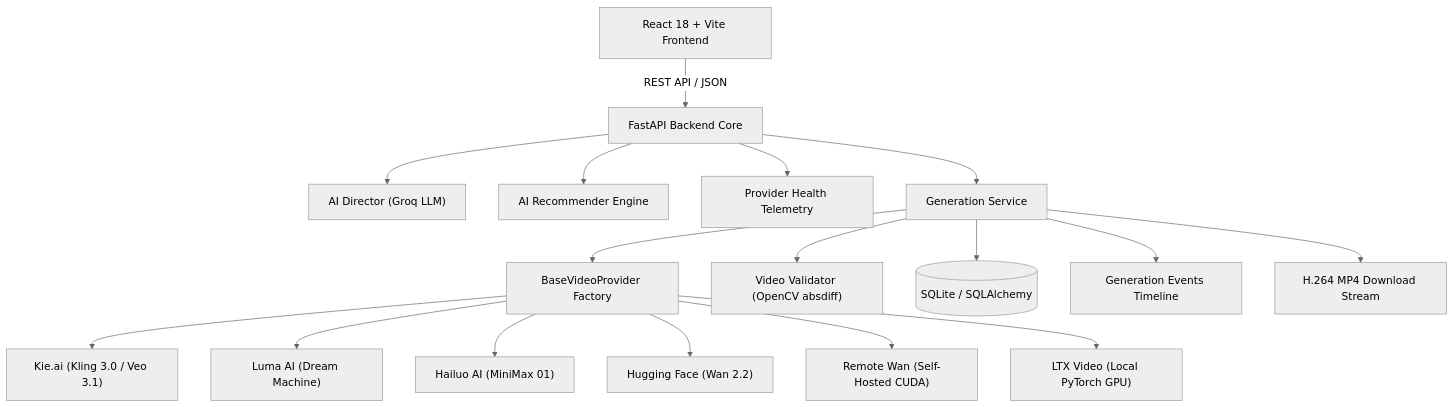
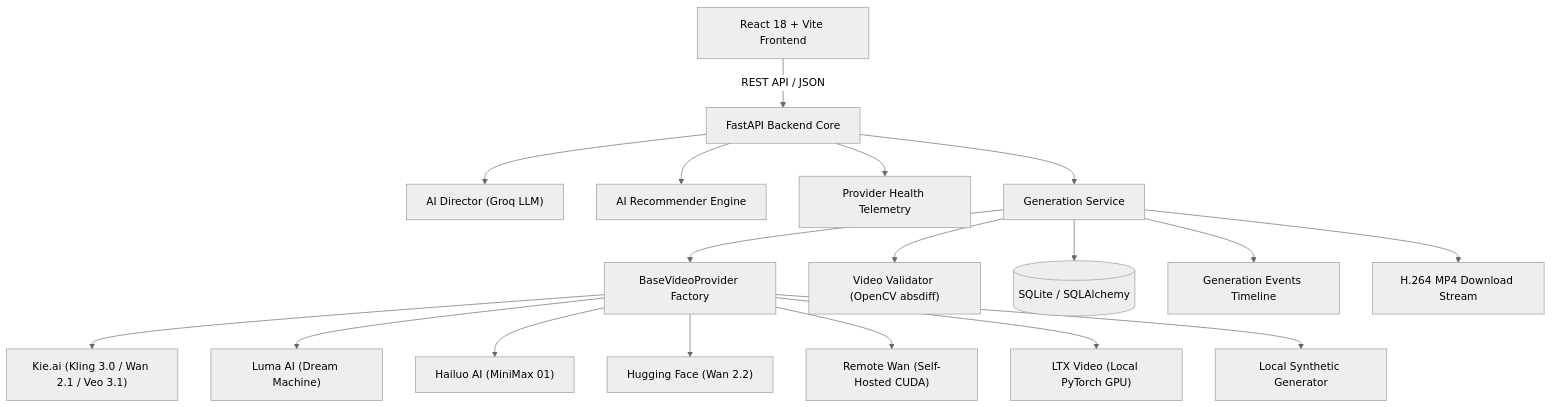
The diagram in README.md (rzvn6660/Moviq), drawn with Mermaid (neutral theme) before and after one commit. The commit also changed other lines of this file and 31 other files, not shown here.

````diff
--- a/README.md
+++ b/README.md
@@ -77,21 +107,22 @@
 ```mermaid
 flowchart TD
     UI["React 18 + Vite Frontend"] -->|REST API / JSON| API["FastAPI Backend Core"]
     API --> AID["AI Director (Groq LLM)"]
     API --> REC["AI Recommender Engine"]
     API --> HLT["Provider Health Telemetry"]
     API --> GEN["Generation Service"]
     GEN --> FACT["BaseVideoProvider Factory"]
     
-    FACT --> KIE["Kie.ai (Kling 3.0 / Veo 3.1)"]
+    FACT --> KIE["Kie.ai (Kling 3.0 / Wan 2.1 / Veo 3.1)"]
     FACT --> LUMA["Luma AI (Dream Machine)"]
     FACT --> HAI["Hailuo AI (MiniMax 01)"]
     FACT --> HF["Hugging Face (Wan 2.2)"]
     FACT --> RWAN["Remote Wan (Self-Hosted CUDA)"]
     FACT --> LTX["LTX Video (Local PyTorch GPU)"]
+    FACT --> MOCK["Local Synthetic Generator"]
 
     GEN --> VAL["Video Validator (OpenCV absdiff)"]
     GEN --> DB[(SQLite / SQLAlchemy)]
     GEN --> EVT["Generation Events Timeline"]
     GEN --> DL["H.264 MP4 Download Stream"]
 ```
````
